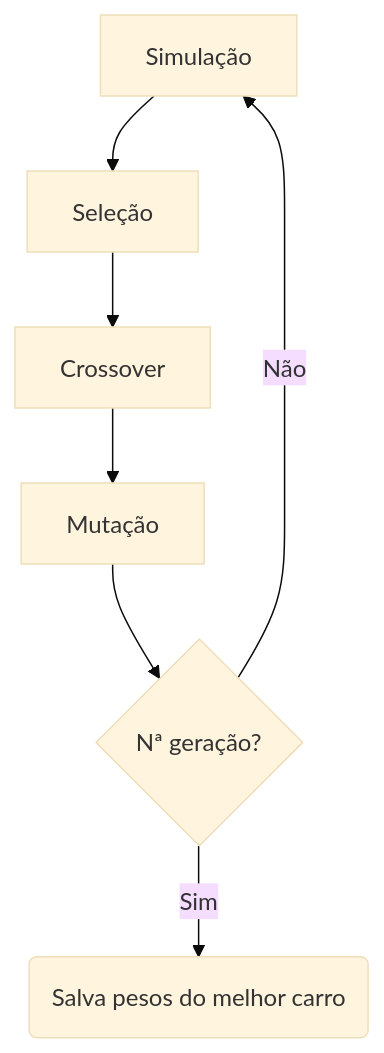
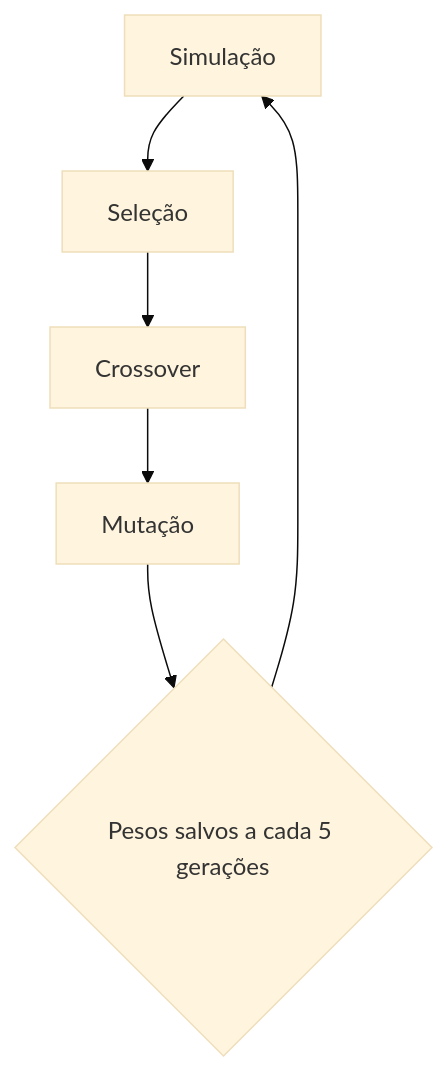
The second of 2 diagrams in README.md (VPivato/ANN-GA-racing-game), drawn with Mermaid (base theme) before and after one commit. The commit also changed other lines of this file, not shown here.

````diff
--- a/README.md
+++ b/README.md
@@ -37,9 +37,8 @@
 ```mermaid
 flowchart TD
     D[Simulação] --> E[Seleção]
     E --> F[Crossover]
     F --> G[Mutação]
-    G --> H{Nª geração?}
-    H -- Sim --> I(Salva pesos do melhor carro)
-    H -- Não --> D
+    G --> H{Pesos salvos a cada 5 gerações}
+    H --> D
 ```
````
